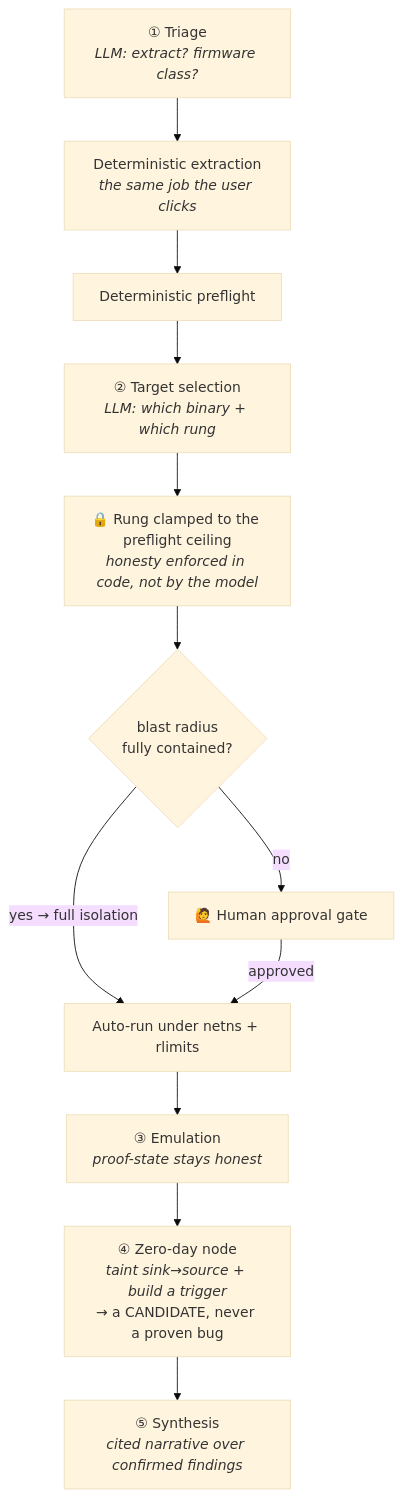
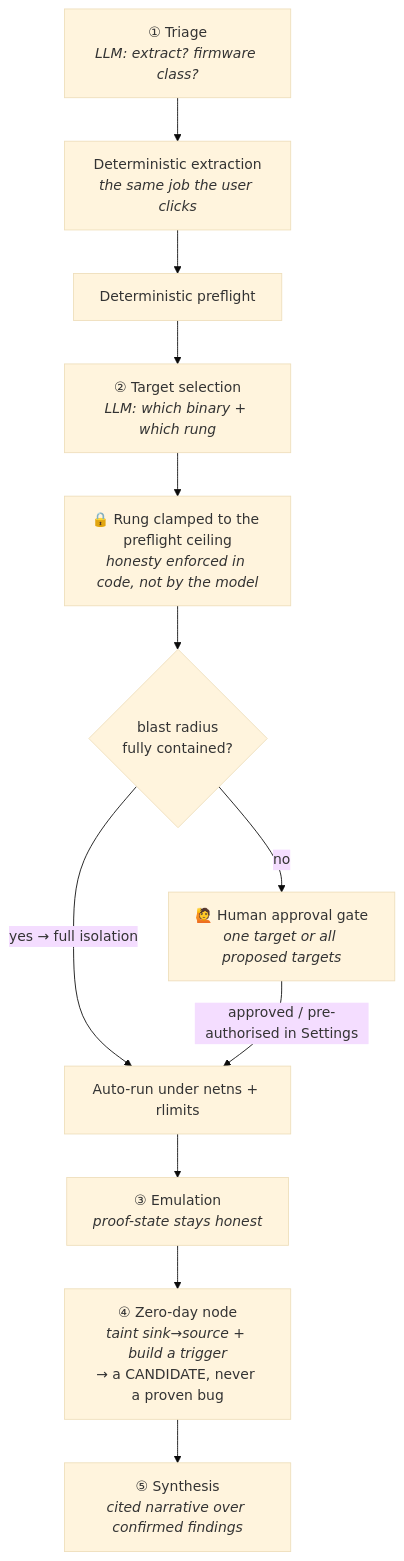
One commit to founder4/firmlab changed the fifth of 5 diagrams in README.md. Above: the diagram before and after it, drawn with Mermaid (base theme). The commit also changed other lines of this file and 22 other files, not shown here.

````diff
--- a/README.md
+++ b/README.md
@@ -229,14 +230,14 @@
 ```mermaid
 flowchart TD
     T["① Triage<br/><i>LLM: extract? firmware class?</i>"] --> X["Deterministic extraction<br/><i>the same job the user clicks</i>"]
     X --> PF["Deterministic preflight"]
     PF --> TS["② Target selection<br/><i>LLM: which binary + which rung</i>"]
     TS --> CL["🔒 Rung clamped to the preflight ceiling<br/><i>honesty enforced in code, not by the model</i>"]
     CL --> Q{blast radius<br/>fully contained?}
     Q -->|"yes → full isolation"| RUN["Auto-run under netns + rlimits"]
-    Q -->|"no"| GATE["🙋 Human approval gate"]
-    GATE -->|approved| RUN
+    Q -->|"no"| GATE["🙋 Human approval gate<br/><i>one target or all proposed targets</i>"]
+    GATE -->|approved / pre-authorised in Settings| RUN
     RUN --> EMU["③ Emulation<br/><i>proof-state stays honest</i>"]
     EMU --> ZD["④ Zero-day node<br/><i>taint sink→source + build a trigger</i><br/>→ a CANDIDATE, never a proven bug"]
     ZD --> SY["⑤ Synthesis<br/><i>cited narrative over confirmed findings</i>"]
 ```
````
